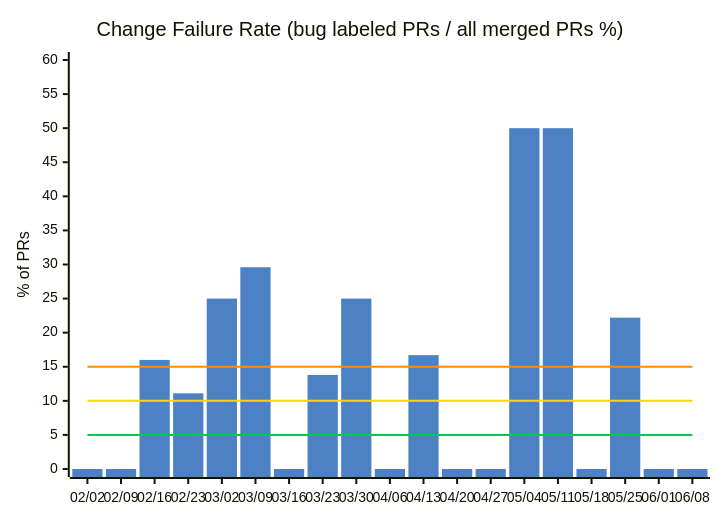
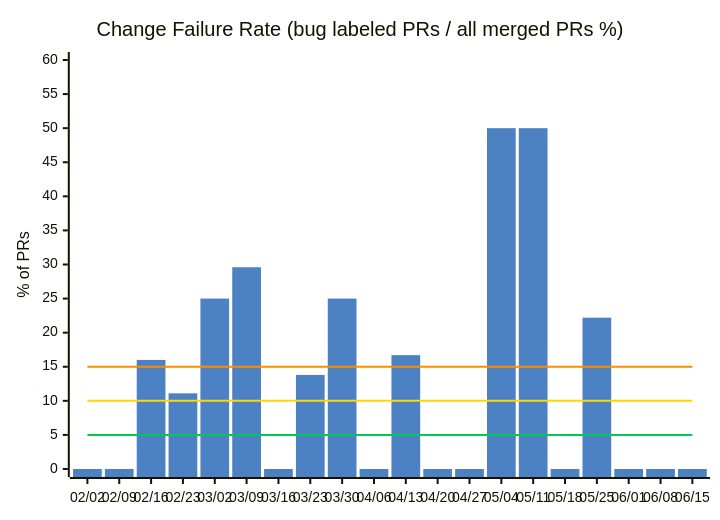
Before and after one commit to nablarch/nabledge-dev: the third of 14 diagrams in docs/metrics.md, drawn with Mermaid. The commit also changed other lines of this file and 2 other files, not shown here.

````diff
--- a/docs/metrics.md
+++ b/docs/metrics.md
@@ -61,11 +61,11 @@
 ```mermaid
 %%{init: {'theme': 'base', 'themeVariables': {'xyChart': {'plotColorPalette': '#4C82C3,#00C853,#FFD600,#FF8C00'}}}}%%
 xychart-beta
   title "Change Failure Rate (bug labeled PRs / all merged PRs %)"
-  x-axis ["02/02", "02/09", "02/16", "02/23", "03/02", "03/09", "03/16", "03/23", "03/30", "04/06", "04/13", "04/20", "04/27", "05/04", "05/11", "05/18", "05/25", "06/01", "06/08"]
+  x-axis ["02/02", "02/09", "02/16", "02/23", "03/02", "03/09", "03/16", "03/23", "03/30", "04/06", "04/13", "04/20", "04/27", "05/04", "05/11", "05/18", "05/25", "06/01", "06/08", "06/15"]
   y-axis "% of PRs" 0 --> 60
-  bar [0, 0, 16, 11.1, 25, 29.6, 0, 13.8, 25, 0, 16.7, 0, 0, 50, 50, 0, 22.2, 0, 0]
-  line [5, 5, 5, 5, 5, 5, 5, 5, 5, 5, 5, 5, 5, 5, 5, 5, 5, 5, 5]
-  line [10, 10, 10, 10, 10, 10, 10, 10, 10, 10, 10, 10, 10, 10, 10, 10, 10, 10, 10]
-  line [15, 15, 15, 15, 15, 15, 15, 15, 15, 15, 15, 15, 15, 15, 15, 15, 15, 15, 15]
+  bar [0, 0, 16, 11.1, 25, 29.6, 0, 13.8, 25, 0, 16.7, 0, 0, 50, 50, 0, 22.2, 0, 0, 0]
+  line [5, 5, 5, 5, 5, 5, 5, 5, 5, 5, 5, 5, 5, 5, 5, 5, 5, 5, 5, 5]
+  line [10, 10, 10, 10, 10, 10, 10, 10, 10, 10, 10, 10, 10, 10, 10, 10, 10, 10, 10, 10]
+  line [15, 15, 15, 15, 15, 15, 15, 15, 15, 15, 15, 15, 15, 15, 15, 15, 15, 15, 15, 15]
 ```
````
